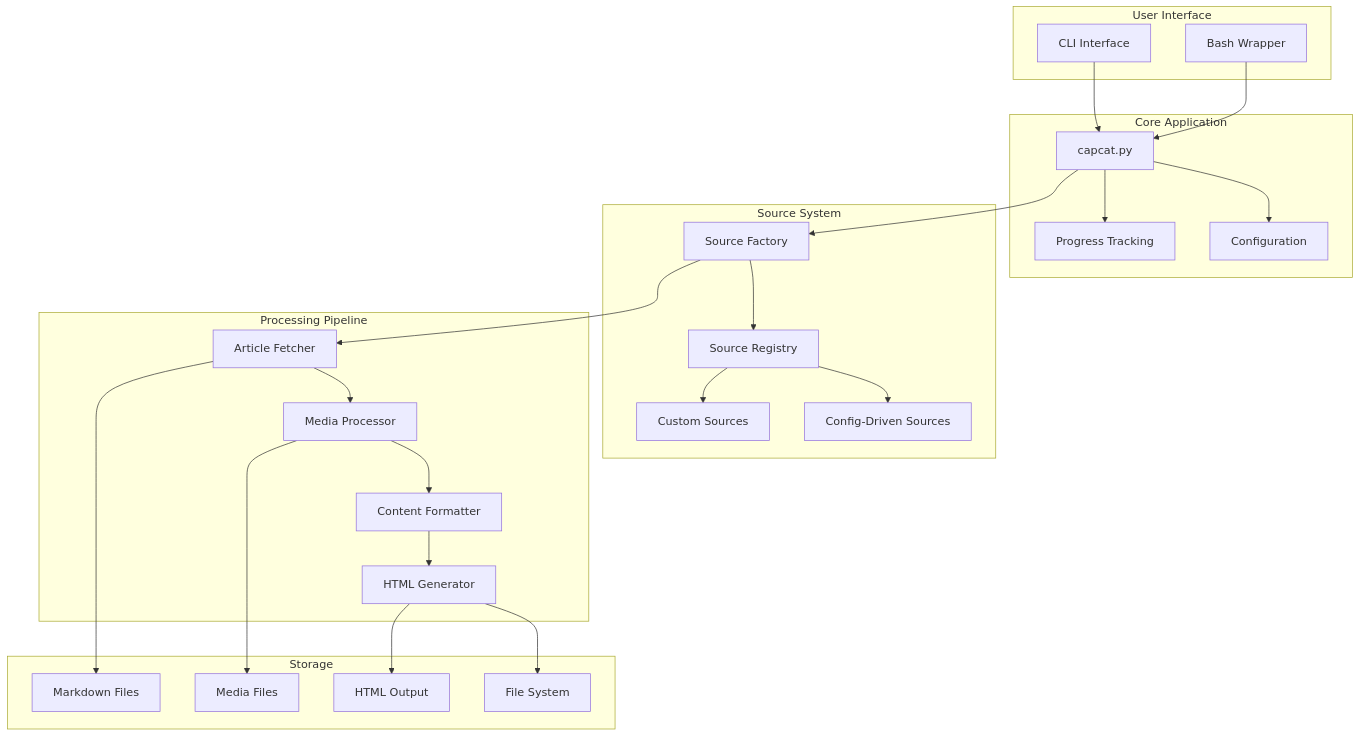
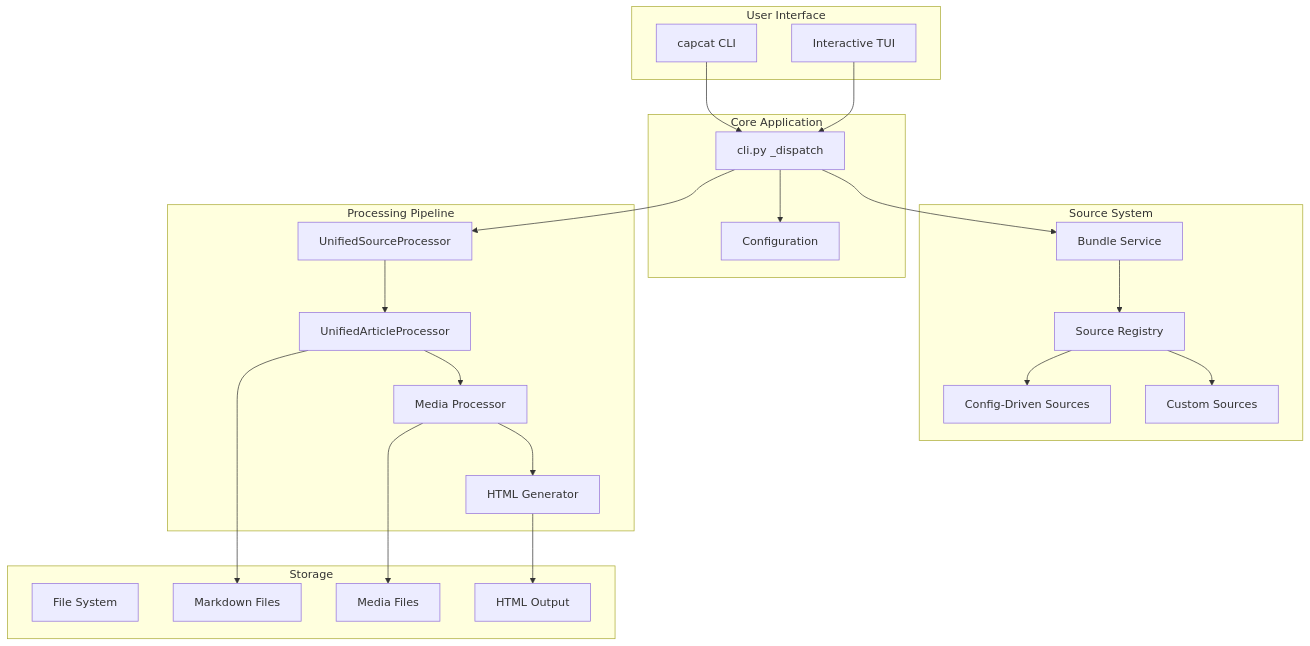
Before and after one commit to stayukasabov/capcat: the diagram in docs/architecture/system.md, drawn with Mermaid. The commit also changed other lines of this file, not shown here.

Commit message:
docs: rewrite system architecture for pipx-packaged capcat

````diff
--- a/docs/architecture/system.md
+++ b/docs/architecture/system.md
@@ -9,51 +9,48 @@
 ```mermaid
 graph TB
     subgraph "User Interface"
-        CLI[CLI Interface]
-        Wrapper[Bash Wrapper]
+        CLI[capcat CLI]
+        TUI[Interactive TUI]
     end
 
     subgraph "Core Application"
-        Main[capcat.py]
+        Dispatch[cli.py _dispatch]
         Config[Configuration]
-        Progress[Progress Tracking]
     end
 
     subgraph "Source System"
-        Factory[Source Factory]
         Registry[Source Registry]
         ConfigDriven[Config-Driven Sources]
         Custom[Custom Sources]
+        BundleService[Bundle Service]
     end
 
     subgraph "Processing Pipeline"
-        Fetcher[Article Fetcher]
+        USP[UnifiedSourceProcessor]
+        UAP[UnifiedArticleProcessor]
         MediaProc[Media Processor]
-        Formatter[Content Formatter]
         HTMLGen[HTML Generator]
     end
 
     subgraph "Storage"
         FileSystem[File System]
         Markdown[Markdown Files]
         Media[Media Files]
         HTML[HTML Output]
     end
 
-    CLI --> Main
-    Wrapper --> Main
-    Main --> Config
-    Main --> Progress
-    Main --> Factory
-    Factory --> Registry
+    CLI --> Dispatch
+    TUI --> Dispatch
+    Dispatch --> Config
+    Dispatch --> BundleService
+    BundleService --> Registry
     Registry --> ConfigDriven
     Registry --> Custom
-    Factory --> Fetcher
-    Fetcher --> MediaProc
-    MediaProc --> Formatter
-    Formatter --> HTMLGen
-    HTMLGen --> FileSystem
-    Fetcher --> Markdown
+    Dispatch --> USP
+    USP --> UAP
+    UAP --> MediaProc
+    MediaProc --> HTMLGen
+    HTMLGen --> HTML
+    UAP --> Markdown
     MediaProc --> Media
-    HTMLGen --> HTML
 ```
````
